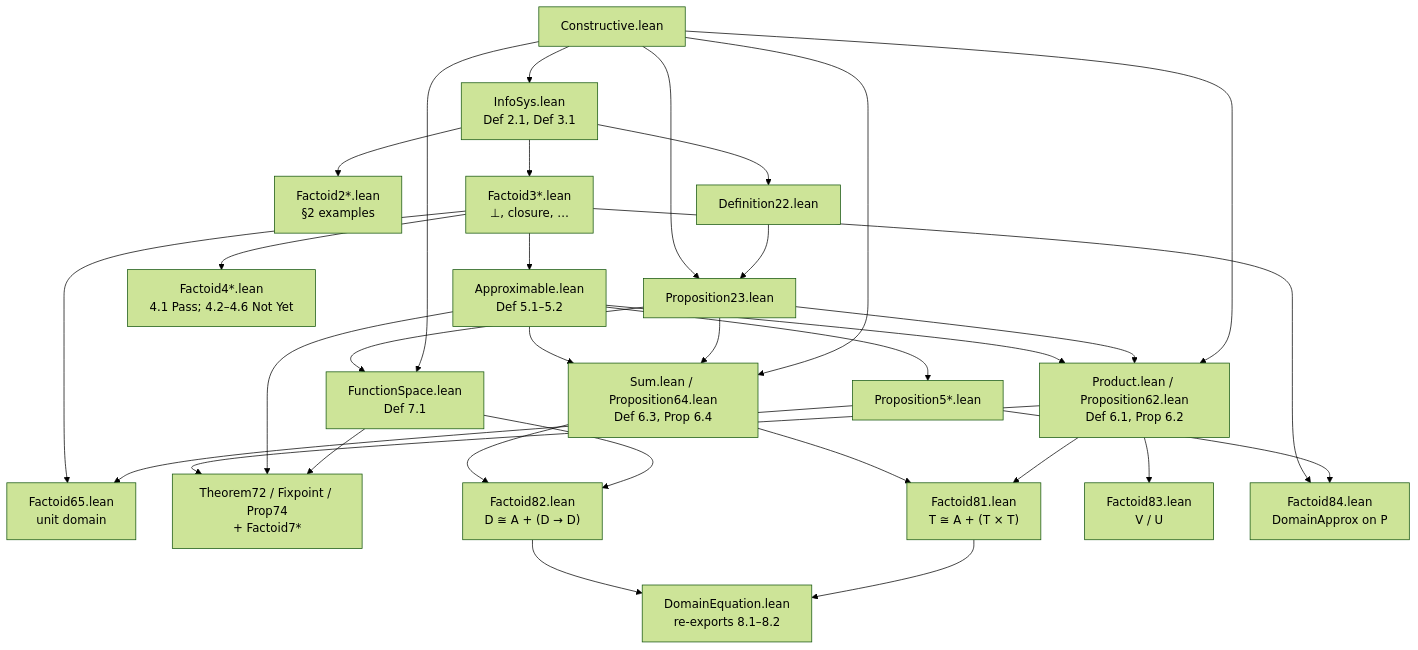
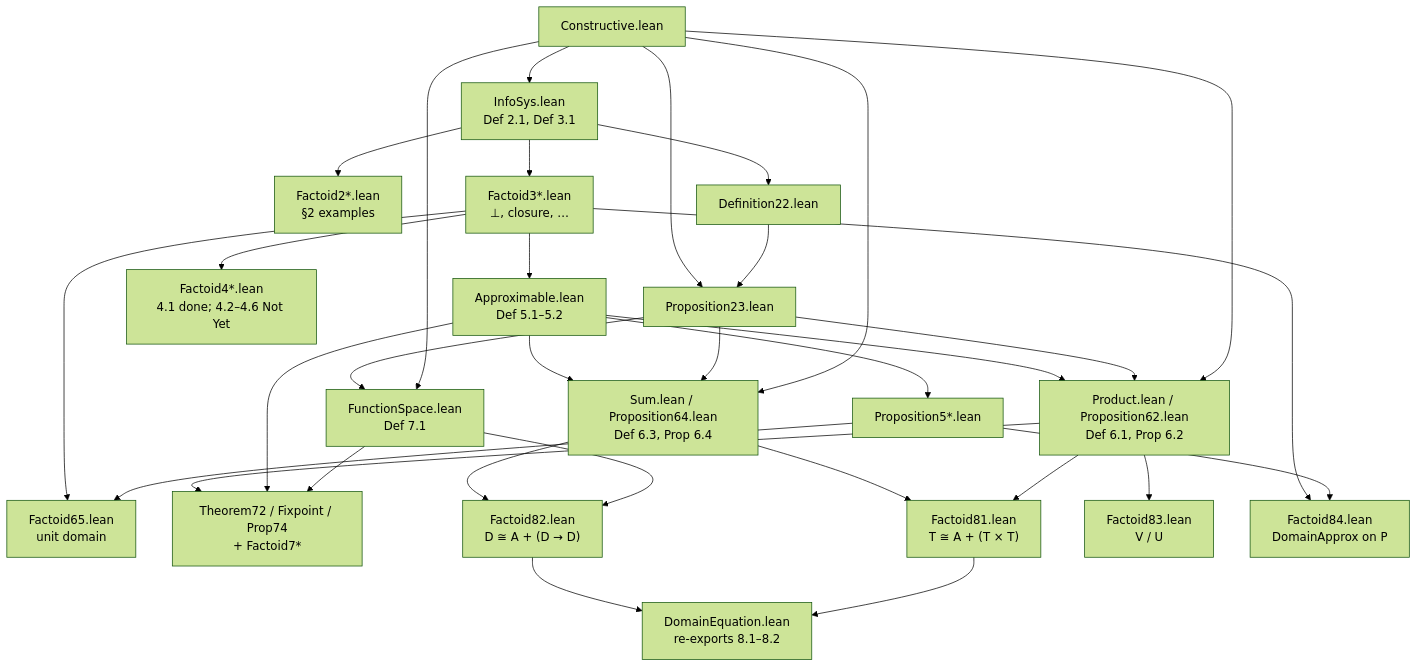
The second of 10 diagrams in arxiv.md (catskillsresearch/scott1982), drawn with Mermaid (forest theme) before and after one commit. The commit also changed other lines of this file and 1 other file, not shown here.

First line of the commit message:
Drop Pass status vocabulary from the arXiv narrative.

````diff
--- a/arxiv.md
+++ b/arxiv.md
@@ -76,53 +73,53 @@
 ```mermaid
 flowchart TD
   C["Constructive.lean"]
   IS["InfoSys.lean<br/>Def 2.1, Def 3.1"]
   F2["Factoid2*.lean<br/>§2 examples"]
   D22["Definition22.lean"]
   P23["Proposition23.lean"]
   F3["Factoid3*.lean<br/>⊥, closure, …"]
-  F4["Factoid4*.lean<br/>4.1 Pass; 4.2–4.6 Not Yet"]
+  F4["Factoid4*.lean<br/>4.1 done; 4.2–4.6 Not Yet"]
   Ap["Approximable.lean<br/>Def 5.1–5.2"]
   P5["Proposition5*.lean"]
   Pr["Product.lean / Proposition62.lean<br/>Def 6.1, Prop 6.2"]
   Su["Sum.lean / Proposition64.lean<br/>Def 6.3, Prop 6.4"]
   F65["Factoid65.lean<br/>unit domain"]
   FS["FunctionSpace.lean<br/>Def 7.1"]
   Fx["Theorem72 / Fixpoint / Prop74<br/>+ Factoid7*"]
   F81["Factoid81.lean<br/>T ≅ A + (T × T)"]
   F82["Factoid82.lean<br/>D ≅ A + (D → D)"]
   F83["Factoid83.lean<br/>V / U"]
   F84["Factoid84.lean<br/>DomainApprox on P"]
   DE["DomainEquation.lean<br/>re-exports 8.1–8.2"]
 
   C --> IS
   IS --> F2
   IS --> D22 --> P23
   C --> P23
   IS --> F3
   F3 --> F4
   F3 --> Ap
   Ap --> P5
   C --> Pr
   P23 --> Pr
   Ap --> Pr
   C --> Su
   P23 --> Su
   Ap --> Su
   P5 --> F65
   F3 --> F65
   C --> FS
   P23 --> FS
   FS --> Fx
   Ap --> Fx
   Pr --> Fx
   Pr --> F81
   Su --> F81
   FS --> F82
   Su --> F82
   Pr --> F83
   P5 --> F84
   F3 --> F84
   F81 --> DE
   F82 --> DE
 ```
````
